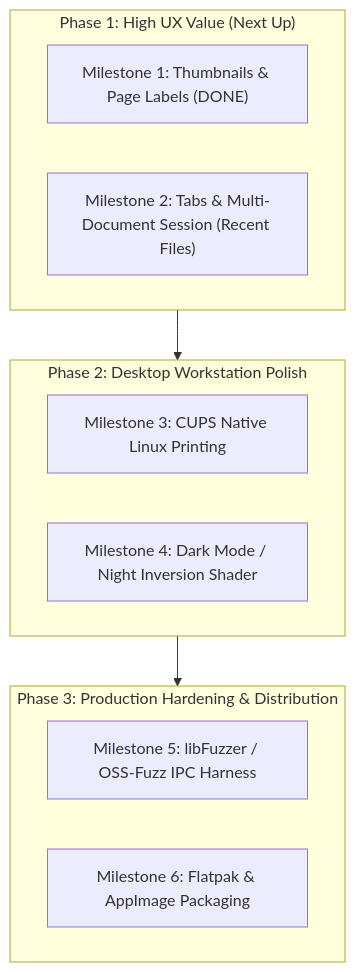
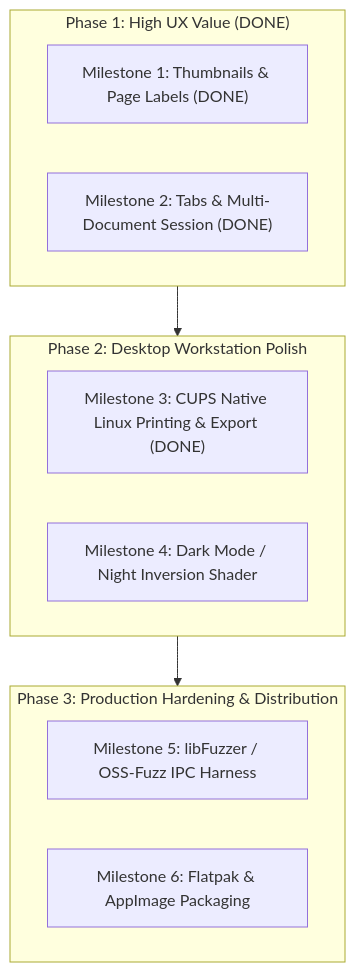
One commit to greenware63/PDF_Reader_for_Linux changed the second of 2 diagrams in project_status_report.md. Above: the diagram before and after it, drawn with Mermaid. The commit also changed other lines of this file, not shown here.

````diff
--- a/project_status_report.md
+++ b/project_status_report.md
@@ -89,19 +102,19 @@
 ```mermaid
 flowchart TD
-    subgraph Phase1 ["Phase 1: High UX Value (Next Up)"]
+    subgraph Phase1 ["Phase 1: High UX Value (DONE)"]
         T1["Milestone 1: Thumbnails & Page Labels (DONE)"]
-        T2["Milestone 2: Tabs & Multi-Document Session (Recent Files)"]
+        T2["Milestone 2: Tabs & Multi-Document Session (DONE)"]
     end
 
     subgraph Phase2 ["Phase 2: Desktop Workstation Polish"]
-        T3["Milestone 3: CUPS Native Linux Printing"]
+        T3["Milestone 3: CUPS Native Linux Printing & Export (DONE)"]
         T4["Milestone 4: Dark Mode / Night Inversion Shader"]
     end
 
     subgraph Phase3 ["Phase 3: Production Hardening & Distribution"]
         T5["Milestone 5: libFuzzer / OSS-Fuzz IPC Harness"]
         T6["Milestone 6: Flatpak & AppImage Packaging"]
     end
 
     Phase1 --> Phase2 --> Phase3
 ```
````
